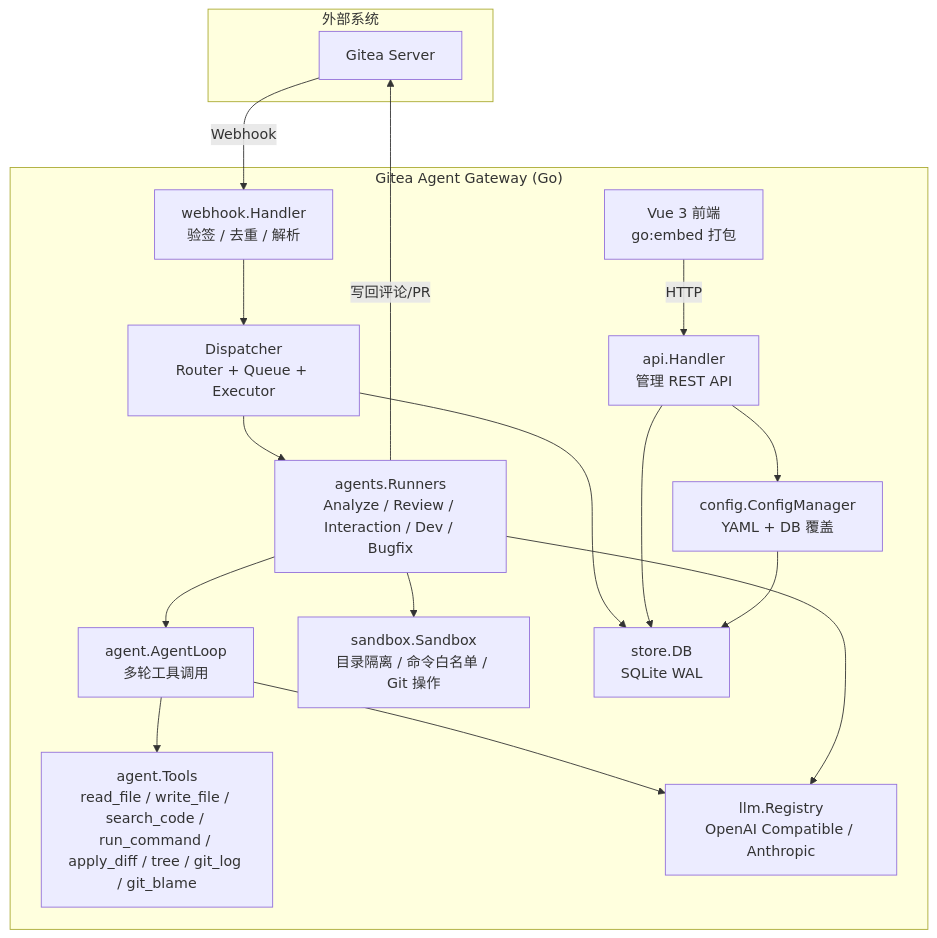
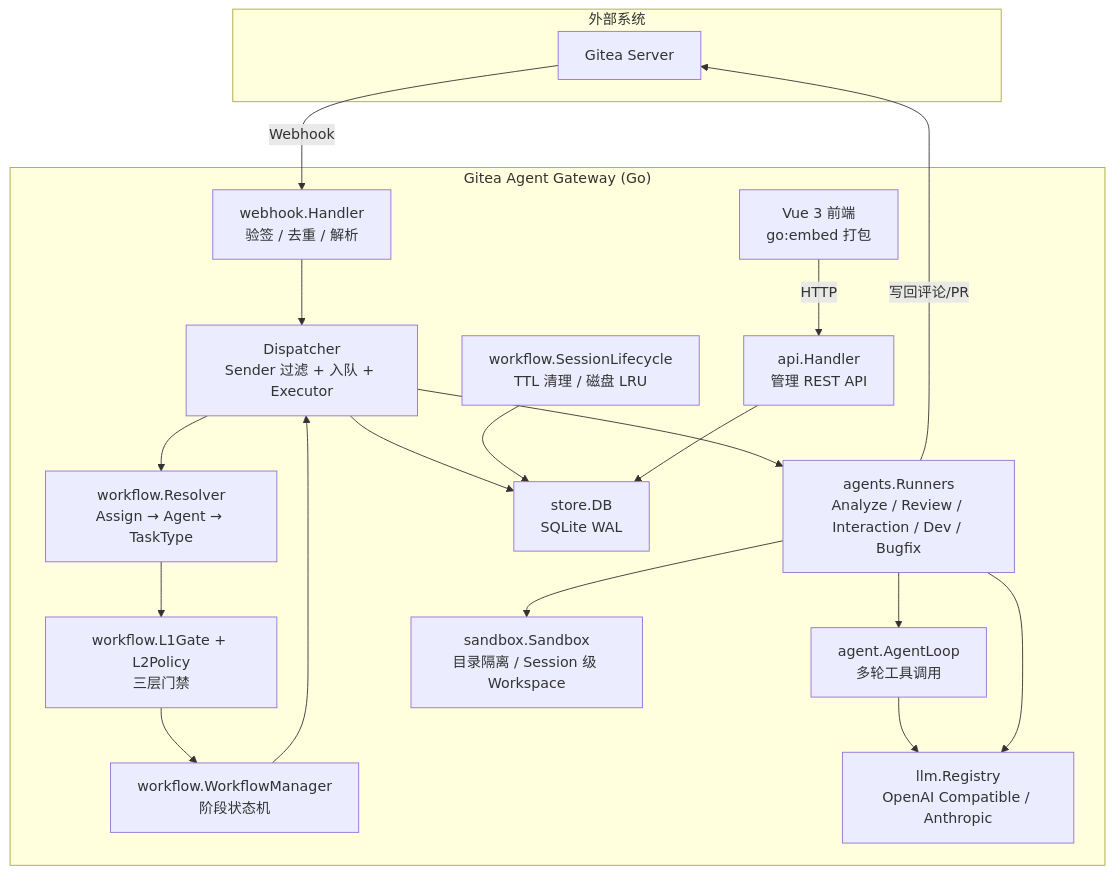
One commit to jeeinn/ai-dev changed the second of 6 diagrams in docs/ARCHITECTURE.md. Above: the diagram before and after it, drawn with Mermaid. The commit also changed other lines of this file and 2 other files, not shown here.

````diff
--- a/docs/ARCHITECTURE.md
+++ b/docs/ARCHITECTURE.md
@@ -48,35 +52,39 @@
 ```mermaid
 graph TB
     subgraph 外部系统
         GITEA[Gitea Server]
     end
 
     subgraph Gateway["Gitea Agent Gateway (Go)"]
         WH[webhook.Handler<br/>验签 / 去重 / 解析]
-        DISP[Dispatcher<br/>Router + Queue + Executor]
+        RES[workflow.Resolver<br/>Assign → Agent → TaskType]
+        WF[workflow.WorkflowManager<br/>阶段状态机]
+        GATE[workflow.L1Gate + L2Policy<br/>三层门禁]
+        LIFECYCLE[workflow.SessionLifecycle<br/>TTL 清理 / 磁盘 LRU]
+        DISP[Dispatcher<br/>Sender 过滤 + 入队 + Executor]
         RUNNERS[agents.Runners<br/>Analyze / Review / Interaction / Dev / Bugfix]
         AL[agent.AgentLoop<br/>多轮工具调用]
-        TOOLS[agent.Tools<br/>read_file / write_file / search_code / run_command / apply_diff / tree / git_log / git_blame]
         LLM[llm.Registry<br/>OpenAI Compatible / Anthropic]
-        SB[sandbox.Sandbox<br/>目录隔离 / 命令白名单 / Git 操作]
+        SB[sandbox.Sandbox<br/>目录隔离 / Session 级 Workspace]
         STORE[store.DB<br/>SQLite WAL]
         API[api.Handler<br/>管理 REST API]
-        CFG[config.ConfigManager<br/>YAML + DB 覆盖]
         WEB[Vue 3 前端<br/>go:embed 打包]
     end
 
     GITEA -->|Webhook| WH
     WH --> DISP
+    DISP --> RES
+    RES --> GATE
+    GATE --> WF
+    WF --> DISP
     DISP --> RUNNERS
     RUNNERS --> AL
-    AL --> TOOLS
     AL --> LLM
     RUNNERS --> SB
     RUNNERS --> LLM
     DISP --> STORE
+    LIFECYCLE --> STORE
     RUNNERS -->|写回评论/PR| GITEA
     API --> STORE
-    API --> CFG
     WEB -->|HTTP| API
-    CFG --> STORE
 ```
````
